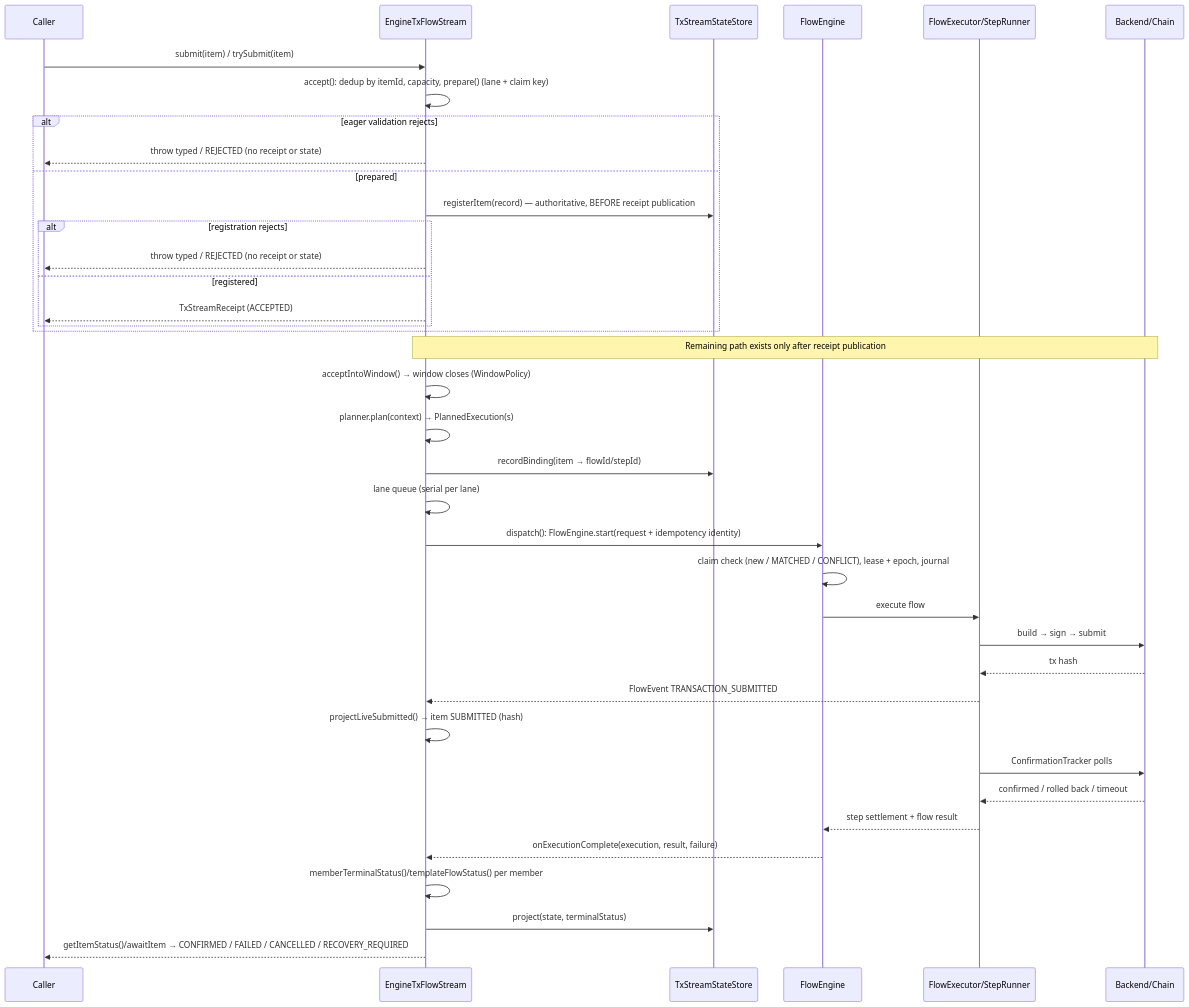
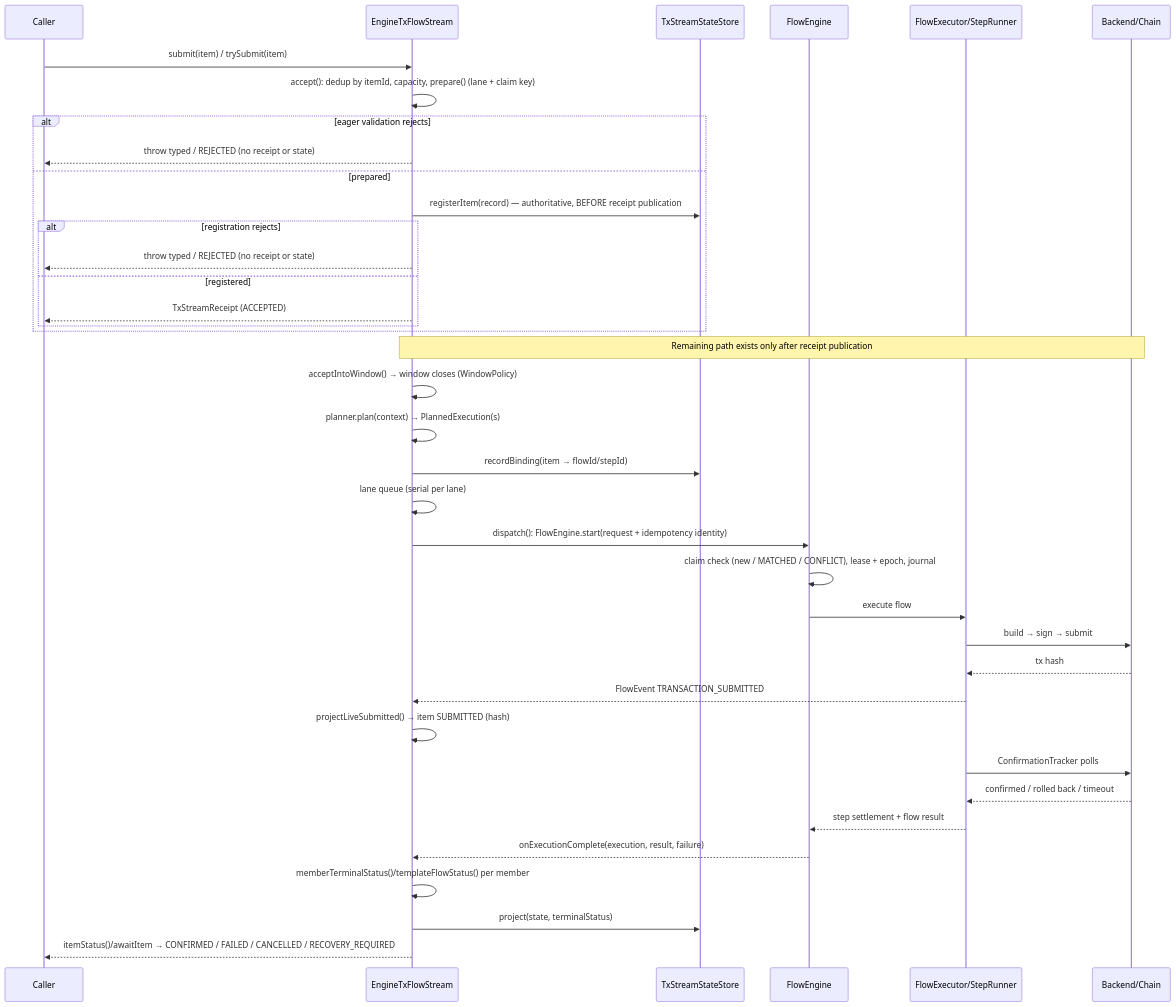
The diagram in txflow/docs/TXSTREAM_INTERNALS.md (bloxbean/cardano-client-lib), drawn with Mermaid before and after one commit. The commit also changed other lines of this file and 82 other files, not shown here.

````diff
--- a/txflow/docs/TXSTREAM_INTERNALS.md
+++ b/txflow/docs/TXSTREAM_INTERNALS.md
@@ -122,41 +122,41 @@
 ```mermaid
 sequenceDiagram
     participant C as Caller
     participant S as EngineTxFlowStream
     participant St as TxStreamStateStore
     participant E as FlowEngine
     participant X as FlowExecutor/StepRunner
     participant Chain as Backend/Chain
 
     C->>S: submit(item) / trySubmit(item)
     S->>S: accept(): dedup by itemId, capacity, prepare() (lane + claim key)
     alt eager validation rejects
         S-->>C: throw typed / REJECTED (no receipt or state)
     else prepared
         S->>St: registerItem(record) — authoritative, BEFORE receipt publication
         alt registration rejects
             S-->>C: throw typed / REJECTED (no receipt or state)
         else registered
             S-->>C: TxStreamReceipt (ACCEPTED)
         end
     end
     Note over S,Chain: Remaining path exists only after receipt publication
     S->>S: acceptIntoWindow() → window closes (WindowPolicy)
     S->>S: planner.plan(context) → PlannedExecution(s)
     S->>St: recordBinding(item → flowId/stepId)
     S->>S: lane queue (serial per lane)
     S->>E: dispatch(): FlowEngine.start(request + idempotency identity)
     E->>E: claim check (new / MATCHED / CONFLICT), lease + epoch, journal
     E->>X: execute flow
     X->>Chain: build → sign → submit
     Chain-->>X: tx hash
     X-->>S: FlowEvent TRANSACTION_SUBMITTED
     S->>S: projectLiveSubmitted() → item SUBMITTED (hash)
     X->>Chain: ConfirmationTracker polls
     Chain-->>X: confirmed / rolled back / timeout
     X-->>E: step settlement + flow result
     E-->>S: onExecutionComplete(execution, result, failure)
     S->>S: memberTerminalStatus()/templateFlowStatus() per member
     S->>St: project(state, terminalStatus)
-    S-->>C: getItemStatus()/awaitItem → CONFIRMED / FAILED / CANCELLED / RECOVERY_REQUIRED
+    S-->>C: itemStatus()/awaitItem → CONFIRMED / FAILED / CANCELLED / RECOVERY_REQUIRED
 ```
````
